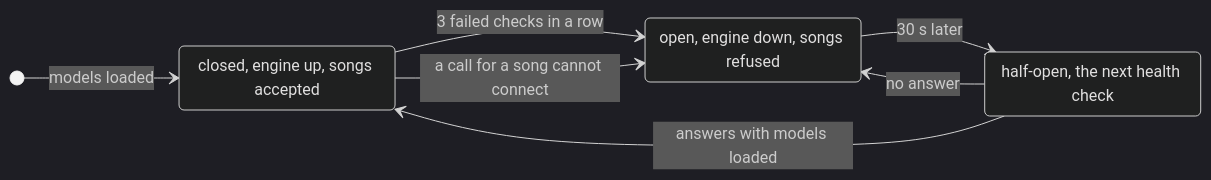
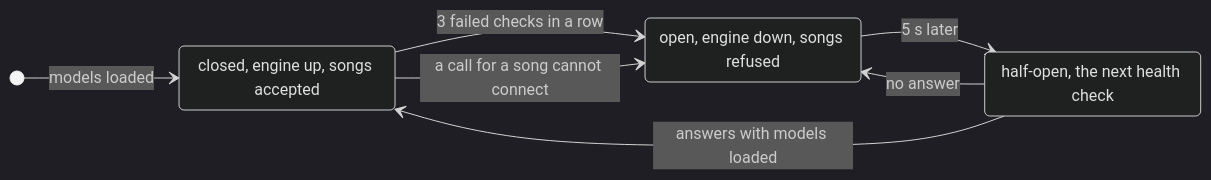
One commit to fulgas/maio changed the second of 3 diagrams in docs/architecture/08-crosscutting-concepts.md. Above: the diagram before and after it, drawn with Mermaid (dark theme). The commit also changed other lines of this file and 3 other files, not shown here.

````diff
--- a/docs/architecture/08-crosscutting-concepts.md
+++ b/docs/architecture/08-crosscutting-concepts.md
@@ -146,13 +146,13 @@
 ```mermaid
 stateDiagram-v2
     direction LR
     closed: closed, engine up, songs accepted
     open: open, engine down, songs refused
     halfopen: half-open, the next health check
     [*] --> closed: models loaded
     closed --> open: 3 failed checks in a row
     closed --> open: a call for a song cannot connect
-    open --> halfopen: 30 s later
+    open --> halfopen: 5 s later
     halfopen --> closed: answers with models loaded
     halfopen --> open: no answer
 ```
````
